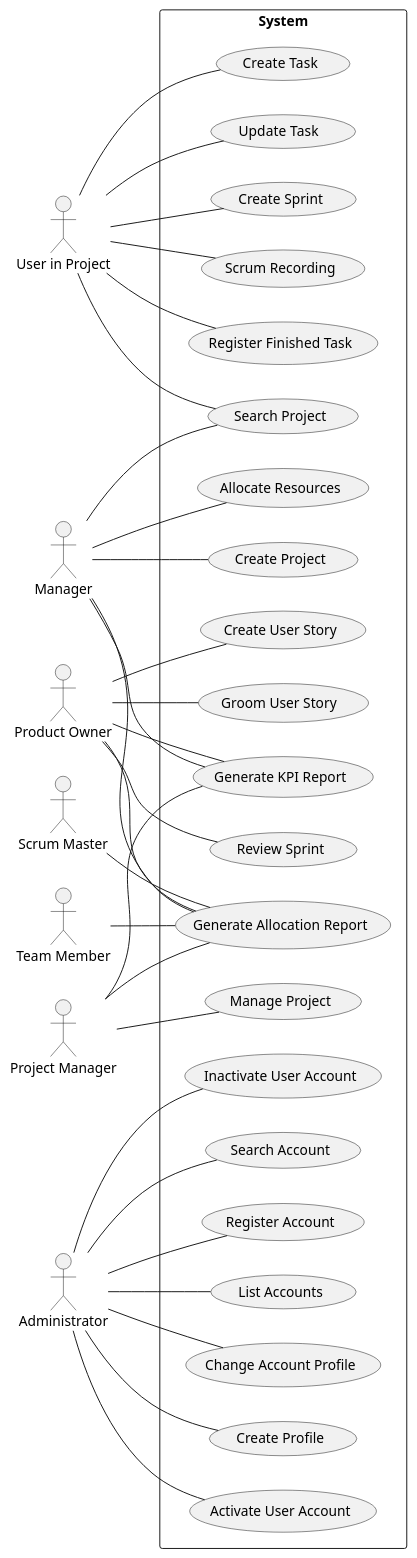
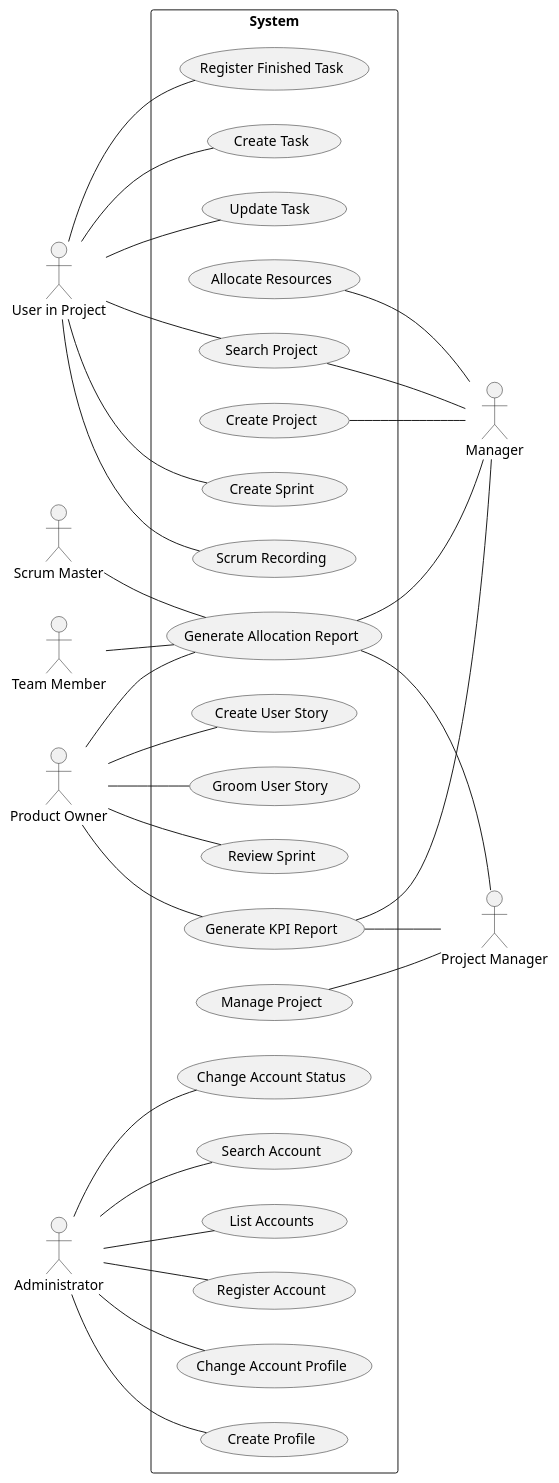
The diagram in docs/requirements_gathering/use_case_diagram/Use_Case_Diagram.puml (Loracline/project_switch_22-23), drawn with PlantUML before and after one commit.

Commit message:
US number none : Requirements engineering : Use Case Diagram update

```diff
--- a/docs/requirements_gathering/use_case_diagram/Use_Case_Diagram.puml
+++ b/docs/requirements_gathering/use_case_diagram/Use_Case_Diagram.puml
@@ -1,68 +1,63 @@
 @startuml
 
 left to right direction
 actor "Scrum Master" as scrum
 actor "User in Project" as usr
 actor "Manager" as mg
 actor "Product Owner" as po
 actor "Team Member" as tm
 actor "Project Manager" as pm
 actor "Administrator" as admin
-
-
 
 rectangle System {
   usecase "Create Project" as UC1
   usecase "Manage Project" as UC2
   usecase "Search Project" as UC3
   usecase "List Accounts" as UC4
   usecase "Create User Story" as UC5
   usecase "Groom User Story " as UC6
   usecase "Review Sprint" as UC7
   usecase "Create Task" as UC8
   usecase "Update Task " as UC9
   usecase "Allocate Resources" as UC10
   usecase "Generate Allocation Report" as UC11
   usecase "Generate KPI Report" as UC12
   usecase "Create Sprint" as UC13
   usecase "Scrum Recording" as UC14
   usecase "Search Account" as UC15
   usecase "Register Account" as UC16
   usecase "Change Account Profile" as UC17
   usecase "Create Profile" as UC18
-  usecase "Activate User Account" as UC19
-  usecase "Inactivate User Account" as UC20
+  usecase "Change Account Status" as UC19
   usecase "Register Finished Task" as UC21
-
 }
 
-mg -- UC1
-pm -- UC2
-mg -- UC3
+UC1 -- mg
+UC2 -- pm
+UC3 -- mg
 usr -- UC3
 admin -- UC4
 po -- UC5
 po -- UC6
 po -- UC7
 usr -- UC8
 usr -- UC9
-mg -- UC10
-mg -- UC11
-pm -- UC11
+UC10 -- mg
+UC11 -- mg
+UC11 -- pm
 po -- UC11
 scrum -- UC11
 tm -- UC11
-mg -- UC12
-pm -- UC12
+UC12 -- mg
+UC12 -- pm
 po -- UC12
 usr -- UC13
 usr -- UC14
 admin -- UC15
 admin -- UC16
 admin -- UC17
 admin -- UC18
 admin -- UC19
-admin -- UC20
 usr -- UC21
 
 @enduml
```
